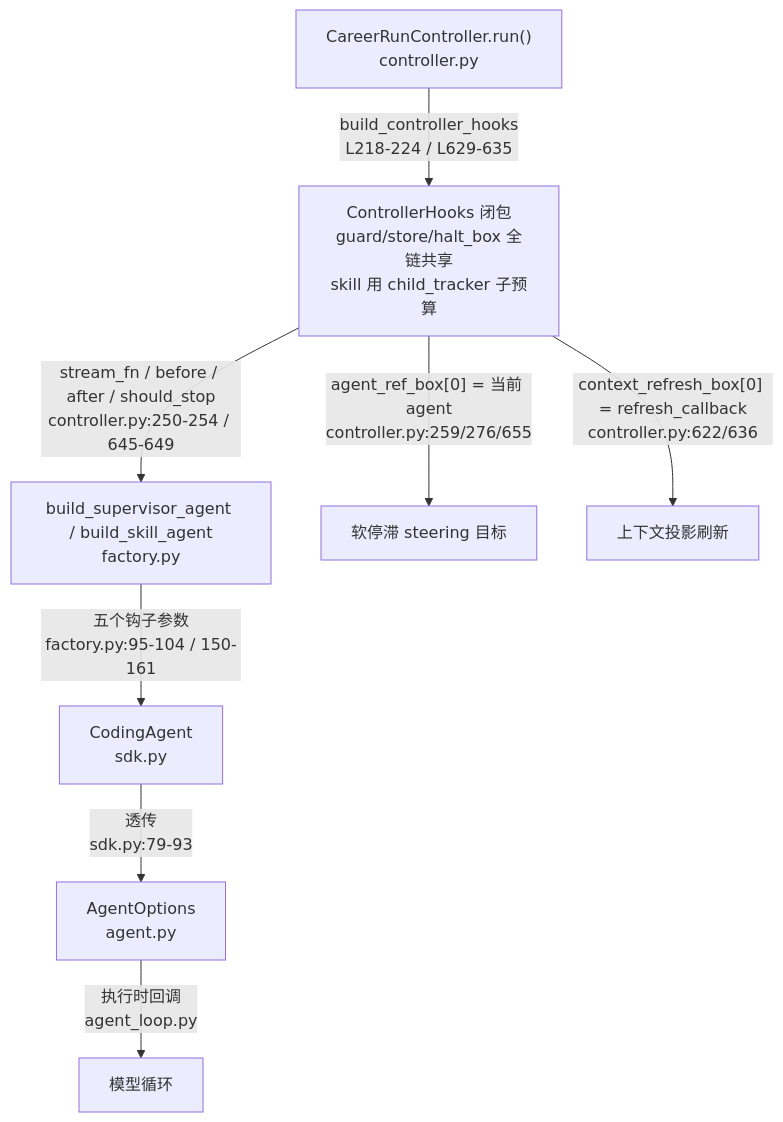
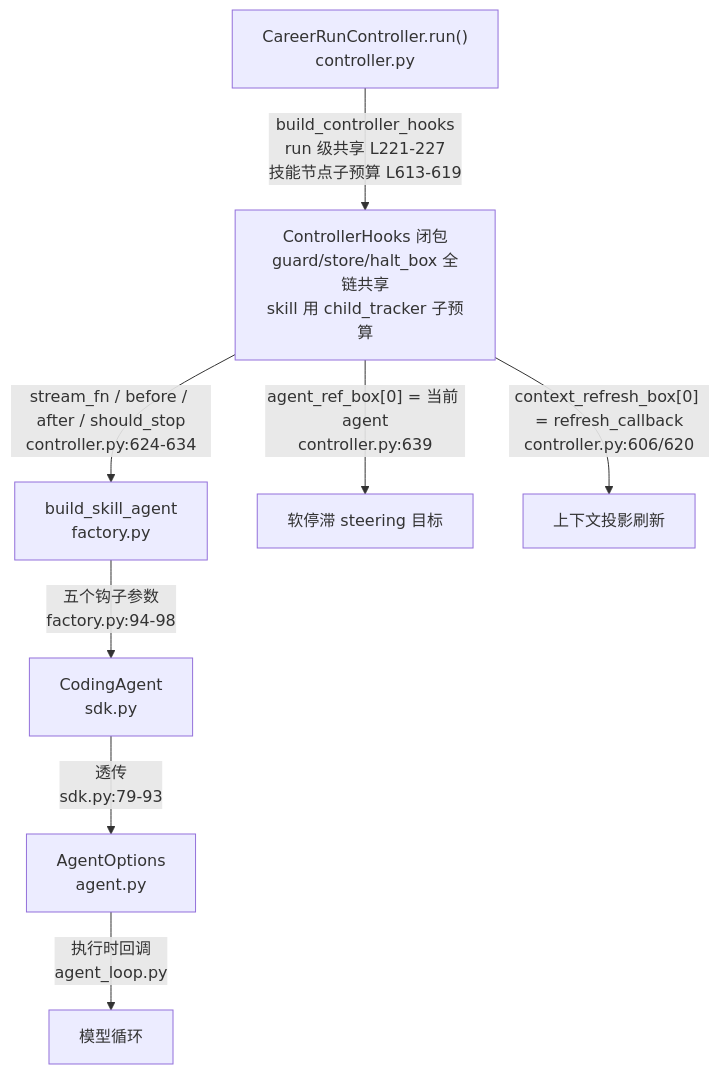
One commit to grefeer/pi-career-skills changed the third of 5 diagrams in docs/study/pi-career-skills/hook体系全景.md. Above: the diagram before and after it, drawn with Mermaid. The commit also changed other lines of this file and 17 other files, not shown here.

````diff
--- a/docs/study/pi-career-skills/hook体系全景.md
+++ b/docs/study/pi-career-skills/hook体系全景.md
@@ -140,11 +140,11 @@
 ```mermaid
 flowchart TB
     CTRL["CareerRunController.run()<br/>controller.py"] 
-    CTRL -->|"build_controller_hooks<br/>L218-224 / L629-635"| CH["ControllerHooks 闭包<br/>guard/store/halt_box 全链共享<br/>skill 用 child_tracker 子预算"]
-    CH -->|"stream_fn / before / after / should_stop<br/>controller.py:250-254 / 645-649"| FA["build_supervisor_agent / build_skill_agent<br/>factory.py"]
-    FA -->|"五个钩子参数<br/>factory.py:95-104 / 150-161"| CA["CodingAgent<br/>sdk.py"]
+    CTRL -->|"build_controller_hooks<br/>run 级共享 L221-227<br/>技能节点子预算 L613-619"| CH["ControllerHooks 闭包<br/>guard/store/halt_box 全链共享<br/>skill 用 child_tracker 子预算"]
+    CH -->|"stream_fn / before / after / should_stop<br/>controller.py:624-634"| FA["build_skill_agent<br/>factory.py"]
+    FA -->|"五个钩子参数<br/>factory.py:94-98"| CA["CodingAgent<br/>sdk.py"]
     CA -->|"透传<br/>sdk.py:79-93"| AO["AgentOptions<br/>agent.py"]
     AO -->|"执行时回调<br/>agent_loop.py"| LOOP["模型循环"]
-    CH -->|"agent_ref_box[0] = 当前 agent<br/>controller.py:259/276/655"| ARB["软停滞 steering 目标"]
-    CH -->|"context_refresh_box[0] = refresh_callback<br/>controller.py:622/636"| CRB["上下文投影刷新"]
+    CH -->|"agent_ref_box[0] = 当前 agent<br/>controller.py:639"| ARB["软停滞 steering 目标"]
+    CH -->|"context_refresh_box[0] = refresh_callback<br/>controller.py:606/620"| CRB["上下文投影刷新"]
 ```
````
